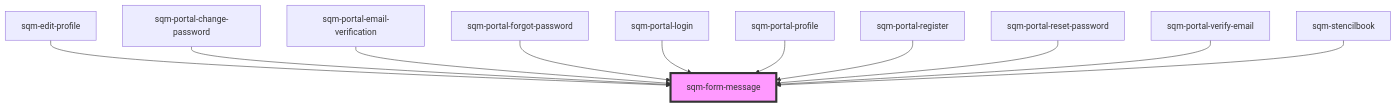
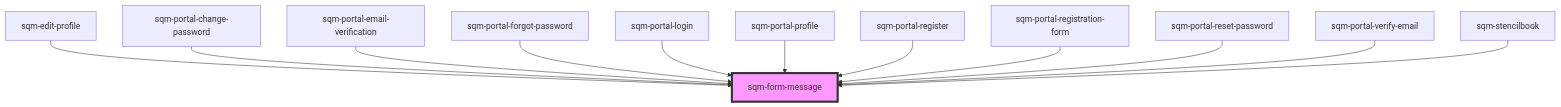
Before and after one commit to saasquatch/program-tools: the diagram in packages/mint-components/src/components/sqm-form-message/readme.md, drawn with Mermaid. The commit also changed other lines of this file and 10 other files, not shown here.

Commit message:
IH: add sqm-portal-registration-form; 1.6.2-0

````diff
--- a/packages/mint-components/src/components/sqm-form-message/readme.md
+++ b/packages/mint-components/src/components/sqm-form-message/readme.md
@@ -32,14 +33,15 @@
 ```mermaid
 graph TD;
   sqm-edit-profile --> sqm-form-message
   sqm-portal-change-password --> sqm-form-message
   sqm-portal-email-verification --> sqm-form-message
   sqm-portal-forgot-password --> sqm-form-message
   sqm-portal-login --> sqm-form-message
   sqm-portal-profile --> sqm-form-message
   sqm-portal-register --> sqm-form-message
+  sqm-portal-registration-form --> sqm-form-message
   sqm-portal-reset-password --> sqm-form-message
   sqm-portal-verify-email --> sqm-form-message
   sqm-stencilbook --> sqm-form-message
   style sqm-form-message fill:#f9f,stroke:#333,stroke-width:4px
 ```
````
